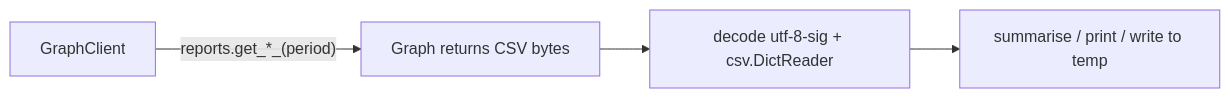
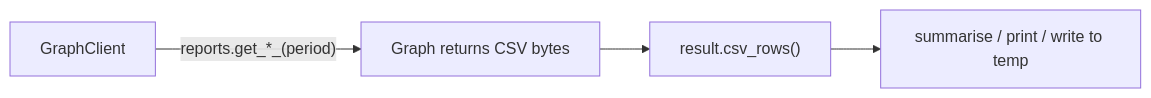
Before and after one commit to vgrem/Office365-REST-Python-Client: the diagram in examples/reports/README.md, drawn with Mermaid. The commit also changed other lines of this file and 15 other files, not shown here.

First line of the commit message:
docs(examples): use ReportResult.csv_rows() in the reports tour

````diff
--- a/examples/reports/README.md
+++ b/examples/reports/README.md
@@ -15,6 +15,6 @@
 ```mermaid
 flowchart LR
     C[GraphClient] -->|"reports.get_*_(period)"| R["Graph returns CSV bytes"]
-    R --> P["decode utf-8-sig + csv.DictReader"]
+    R --> P["result.csv_rows()"]
     P --> S["summarise / print / write to temp"]
 ```
````
